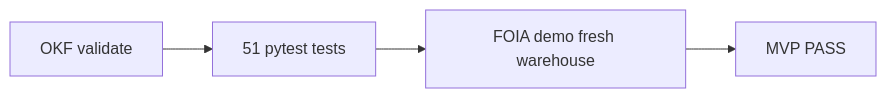
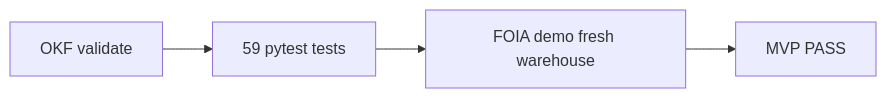
Before and after one commit to khaosans/operator-etl: the second of 2 diagrams in docs/GETTING-STARTED.md, drawn with Mermaid. The commit also changed 56 other files, not shown here.

````diff
--- a/docs/GETTING-STARTED.md
+++ b/docs/GETTING-STARTED.md
@@ -87,6 +87,6 @@
 ```mermaid
 flowchart LR
-  OKF[OKF validate] --> pytest[51 pytest tests]
+  OKF[OKF validate] --> pytest[59 pytest tests]
   pytest --> demo[FOIA demo fresh warehouse]
   demo --> pass[MVP PASS]
 ```
````
